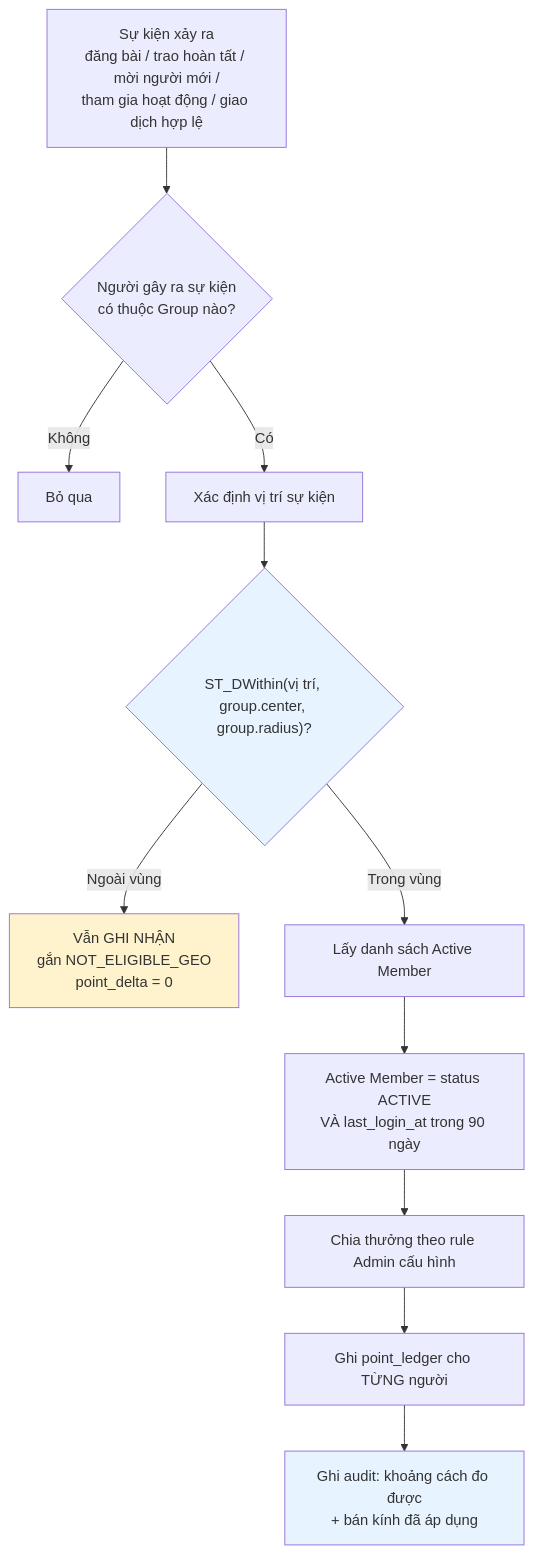
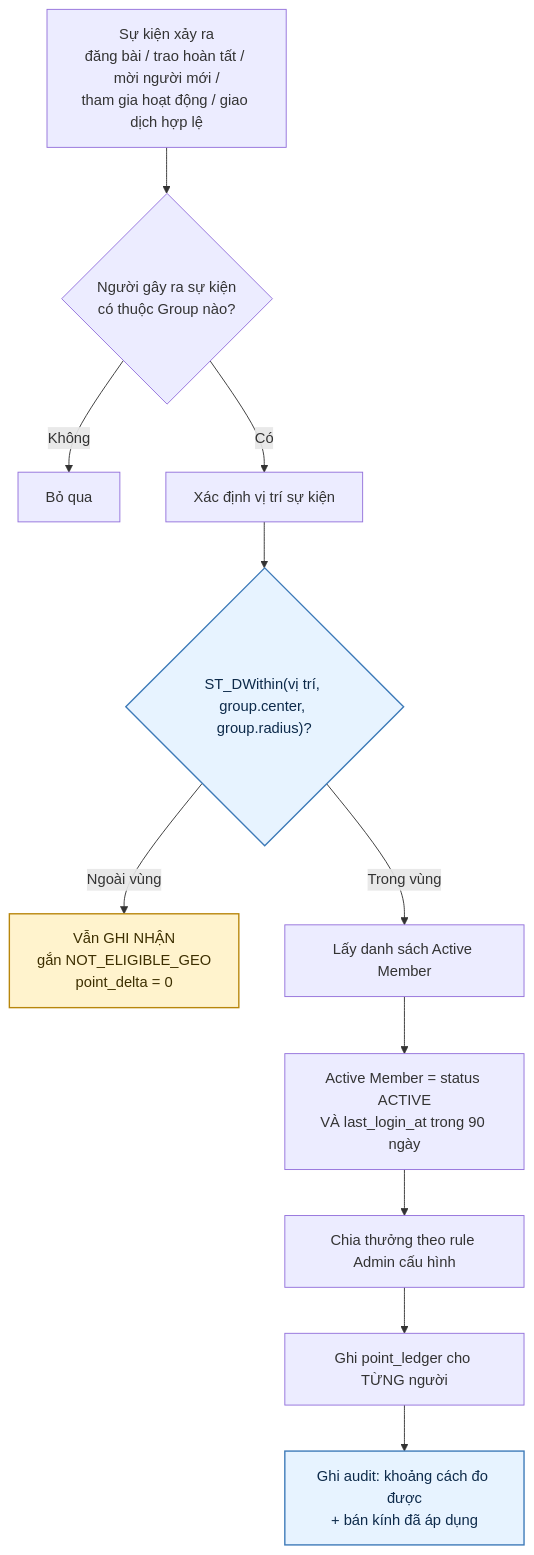
One commit to fdshn/trueheart changed the second of 5 diagrams in docs/diagram/19-affiliate.md. Above: the diagram before and after it, drawn with Mermaid. The commit also changed other lines of this file and 30 other files, not shown here.

First line of the commit message:
docs(diagram): chữ trong khối tô màu đọc được ở cả giao diện sáng và tối

````diff
--- a/docs/diagram/19-affiliate.md
+++ b/docs/diagram/19-affiliate.md
@@ -26,19 +26,19 @@
 ```mermaid
 flowchart TD
     A["Sự kiện xảy ra<br/>đăng bài / trao hoàn tất / mời người mới /<br/>tham gia hoạt động / giao dịch hợp lệ"] --> B{Người gây ra sự kiện<br/>có thuộc Group nào?}
     B -->|Không| C[Bỏ qua]
     B -->|Có| D[Xác định vị trí sự kiện]
 
     D --> E{"ST_DWithin(vị trí, group.center, group.radius)?"}
     E -->|Ngoài vùng| F["Vẫn GHI NHẬN<br/>gắn NOT_ELIGIBLE_GEO<br/>point_delta = 0"]
     E -->|Trong vùng| G[Lấy danh sách Active Member]
 
     G --> H["Active Member = status ACTIVE<br/>VÀ last_login_at trong 90 ngày"]
     H --> I[Chia thưởng theo rule Admin cấu hình]
     I --> J[Ghi point_ledger cho TỪNG người]
     J --> K["Ghi audit: khoảng cách đo được<br/>+ bán kính đã áp dụng"]
 
-    style F fill:#fff3cd
-    style E fill:#e7f3ff
-    style K fill:#e7f3ff
+    style F fill:#fff3cd,stroke:#b8860b,stroke-width:1.5px,color:#3d2f00
+    style E fill:#e7f3ff,stroke:#3d7ab8,stroke-width:1.5px,color:#0d2a4a
+    style K fill:#e7f3ff,stroke:#3d7ab8,stroke-width:1.5px,color:#0d2a4a
 ```
````
